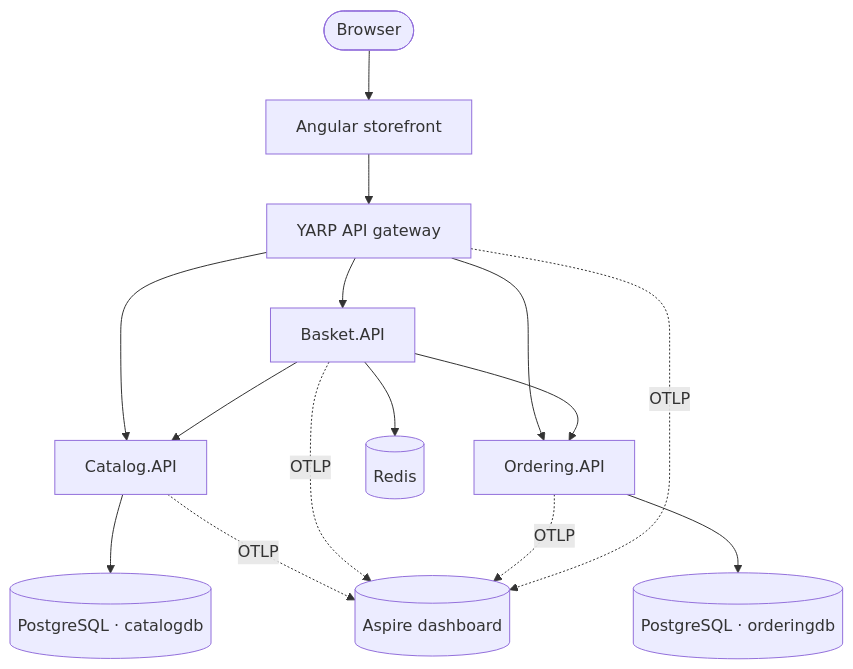
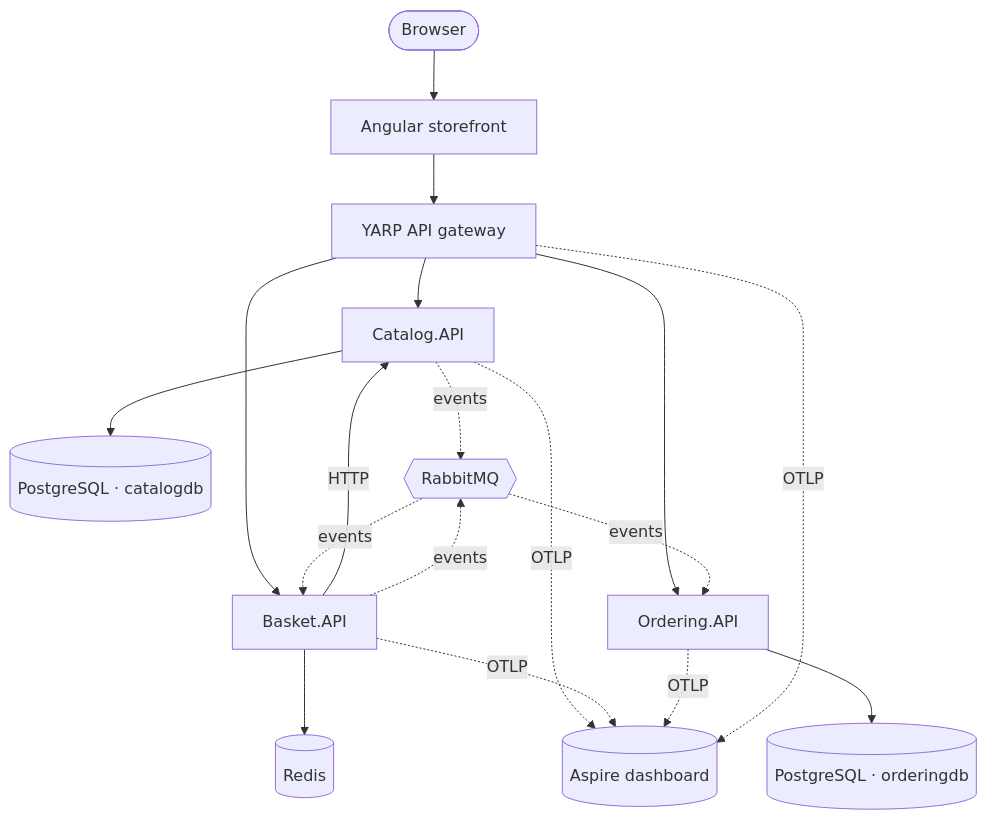
Before and after one commit to dejanciev-dev/aspnetcore-microservices: the first of 6 diagrams in docs/architecture.md, drawn with Mermaid. The commit also changed other lines of this file and 4 other files, not shown here.

````diff
--- a/docs/architecture.md
+++ b/docs/architecture.md
@@ -19,23 +20,26 @@
 ```mermaid
 flowchart TB
     browser([Browser])
     spa[Angular storefront]
     gw[YARP API gateway]
     catalog[Catalog.API]
     basket[Basket.API]
     ordering[Ordering.API]
     dash[(Aspire dashboard)]
 
     catalogdb[(PostgreSQL · catalogdb)]
     orderingdb[(PostgreSQL · orderingdb)]
     redis[(Redis)]
+    mq{{RabbitMQ}}
 
     browser --> spa --> gw
     gw --> catalog & basket & ordering
-    basket --> catalog
-    basket --> ordering
+    basket -- HTTP --> catalog
+    catalog -. events .-> mq
+    basket -. events .-> mq
+    mq -. events .-> basket & ordering
     catalog --> catalogdb
     ordering --> orderingdb
     basket --> redis
     catalog & basket & ordering & gw -. OTLP .-> dash
 ```
````
